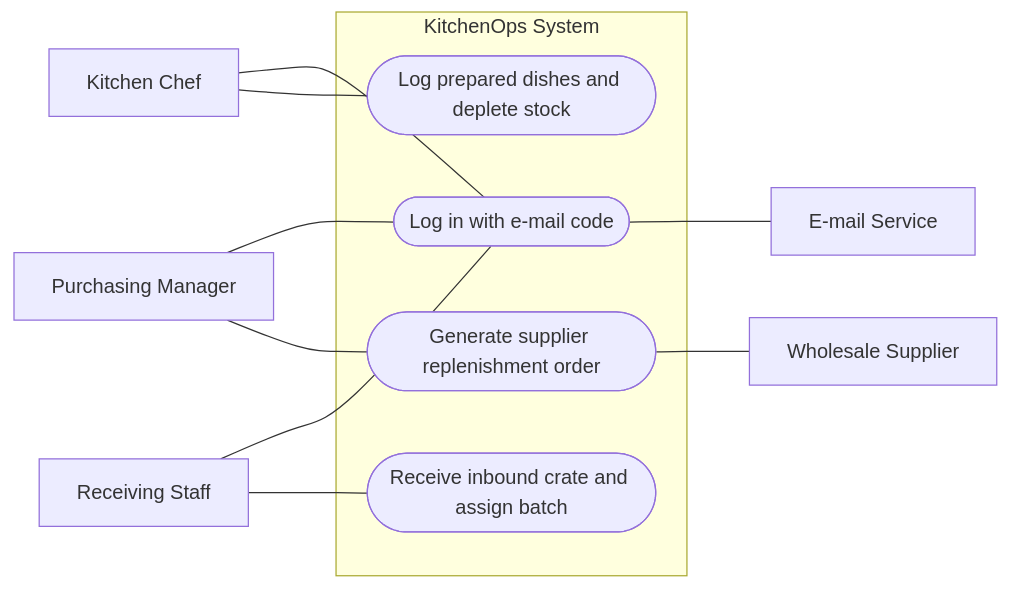
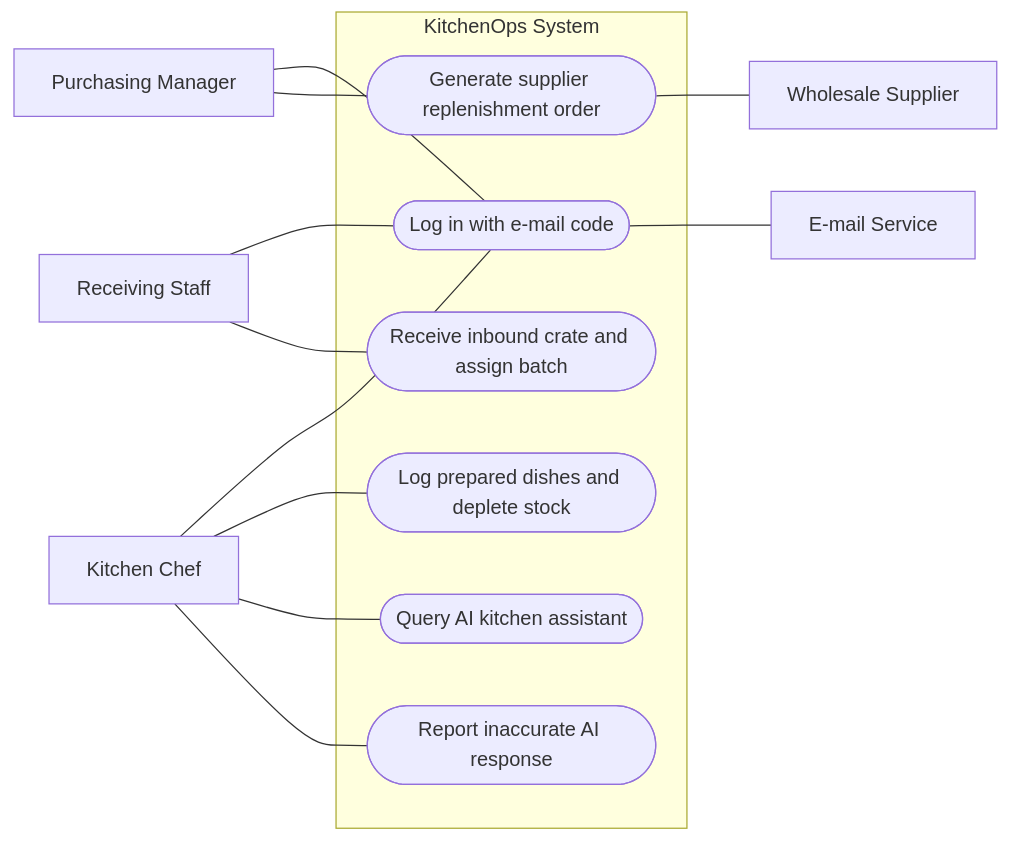
One commit to anilaydeniz/aiasd-project changed the diagram in week02/SRS.md. Above: the diagram before and after it, drawn with Mermaid. The commit also changed other lines of this file and 9 other files, not shown here.

````diff
--- a/week02/SRS.md
+++ b/week02/SRS.md
@@ -50,20 +50,24 @@
 ```mermaid
 flowchart LR
   CH[Kitchen Chef]
   PM[Purchasing Manager]
   RS[Receiving Staff]
   subgraph SYS[KitchenOps System]
     UC0([Log in with e-mail code])
     UC1([Log prepared dishes and deplete stock])
     UC2([Generate supplier replenishment order])
     UC3([Receive inbound crate and assign batch])
+    UC4([Query AI kitchen assistant])
+    UC5([Report inaccurate AI response])
   end
   CH --- UC0
   CH --- UC1
+  CH --- UC4
+  CH --- UC5
   PM --- UC0
   PM --- UC2
   RS --- UC0
   RS --- UC3
   UC0 --- EM[E-mail Service]
   UC2 --- WS[Wholesale Supplier]
 ```
````
